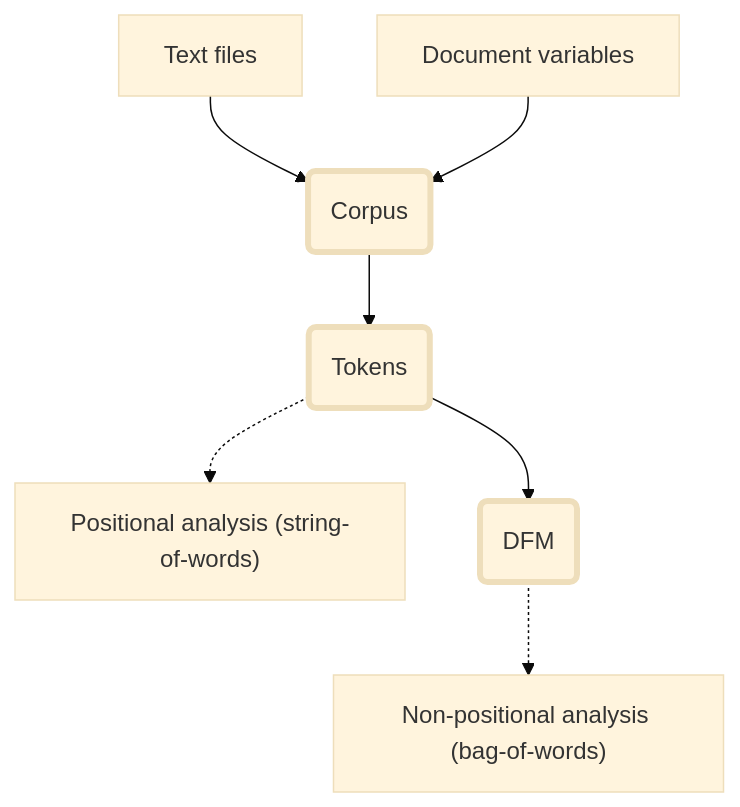
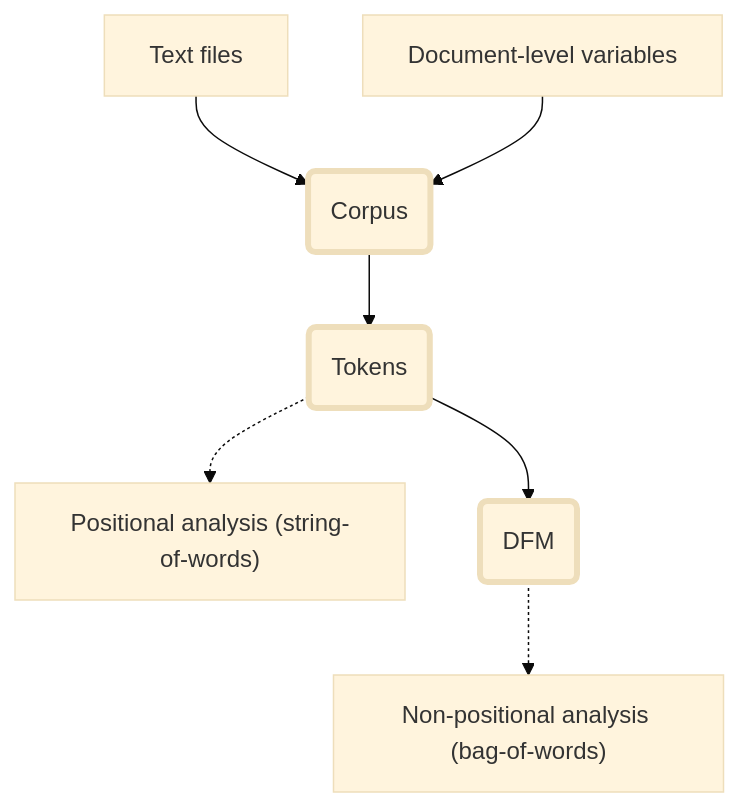
Before and after one commit to quanteda/tutorials.quanteda.io: the diagram in content/basic-operations/workflow.en.markdown, drawn with Mermaid (base theme). The commit also changed other lines of this file and 54 other files, not shown here.

```diff
--- a/content/basic-operations/workflow.en.markdown
+++ b/content/basic-operations/workflow.en.markdown
@@ -28,19 +28,19 @@
 {{<mermaid align="left">}}
     graph TD
     D[Text files]
-    V[Document variables]
+    V[Document-level variables]
     C(Corpus)
     T(Tokens)
     AP["Positional analysis (string-of-words)"]
     AN["Non-positional analysis (bag-of-words)"]
     M(DFM)
     style C stroke-width:4px
     style T stroke-width:4px
     style M stroke-width:4px
     D --> C
     V --> C 
     C --> T 
     T --> M
     T -.-> AP
     M -.-> AN
 {{< /mermaid >}}
```
